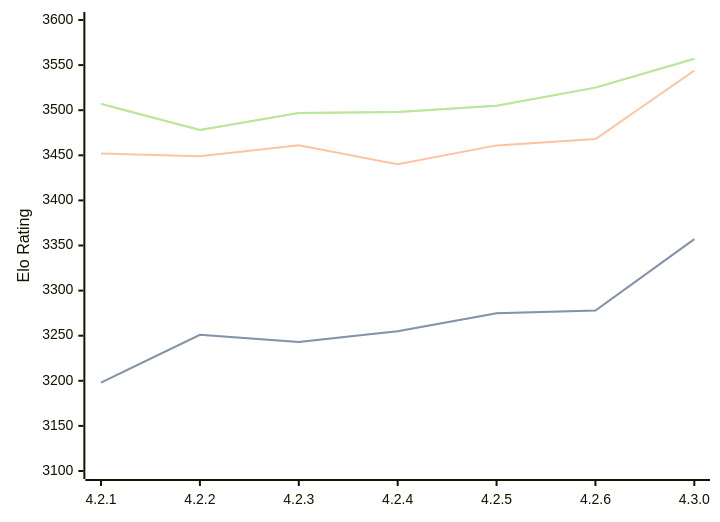
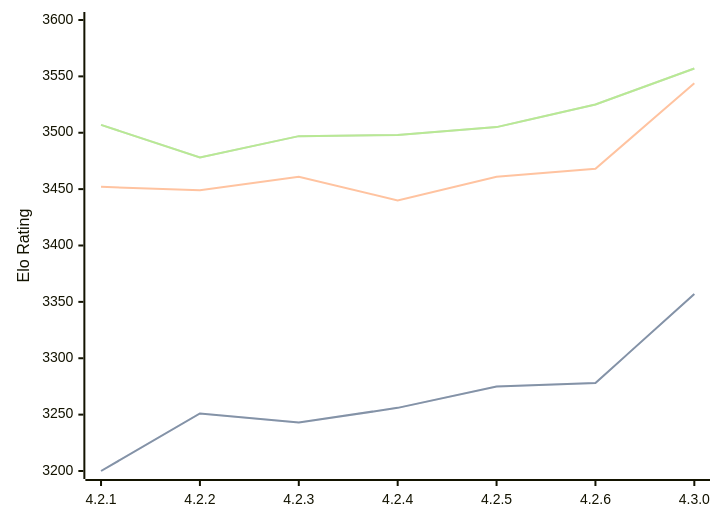
Before and after one commit to computer-chess-index/cci: the diagram in engines/Gaia.md, drawn with Mermaid. The commit also changed other lines of this file, not shown here.

Commit message:
Update CCI Ratings (ELO VLTC) - 2026-09-10

````diff
--- a/engines/Gaia.md
+++ b/engines/Gaia.md
@@ -41,11 +42,11 @@
 ```mermaid
 %%{init: {"theme":"base","themeVariables":{"seriesColors:['#a3a3a3','#222221','#faa371']}}}%%
 xychart-beta
   x-axis ["4.2.1", "4.2.2", "4.2.3", "4.2.4", "4.2.5", "4.2.6", "4.3.0"]
-  y-axis "Elo Rating" 3100 --> 3600
-  line "" [3198, 3251, 3243, 3255, 3275, 3278, 3357]
-  line "STC (8.0+0.08s)" [3198, 3251, 3243, 3255, 3275, 3278, 3357]
+  y-axis "Elo Rating" 3200 --> 3600
+  line "" [3200, 3251, 3243, 3256, 3275, 3278, 3357]
+  line "STC (8.0+0.08s)" [3200, 3251, 3243, 3256, 3275, 3278, 3357]
   line "LTC (60.0+0.60s)" [3452, 3449, 3461, 3440, 3461, 3468, 3544]
   line "" [3507, 3478, 3497, 3498, 3505, 3525, 3557]
   line "VLTC (2m24s+1.12s)" [3507, 3478, 3497, 3498, 3505, 3525, 3557]
 ```
````
